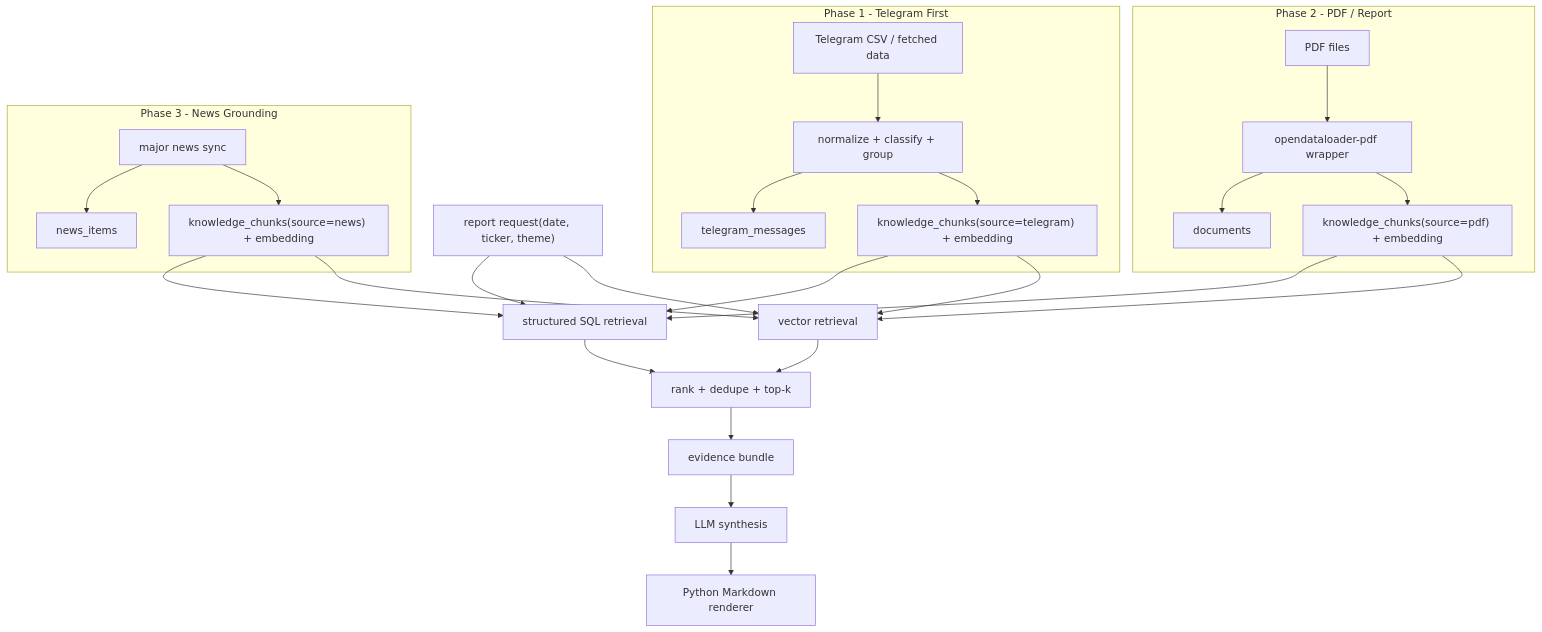
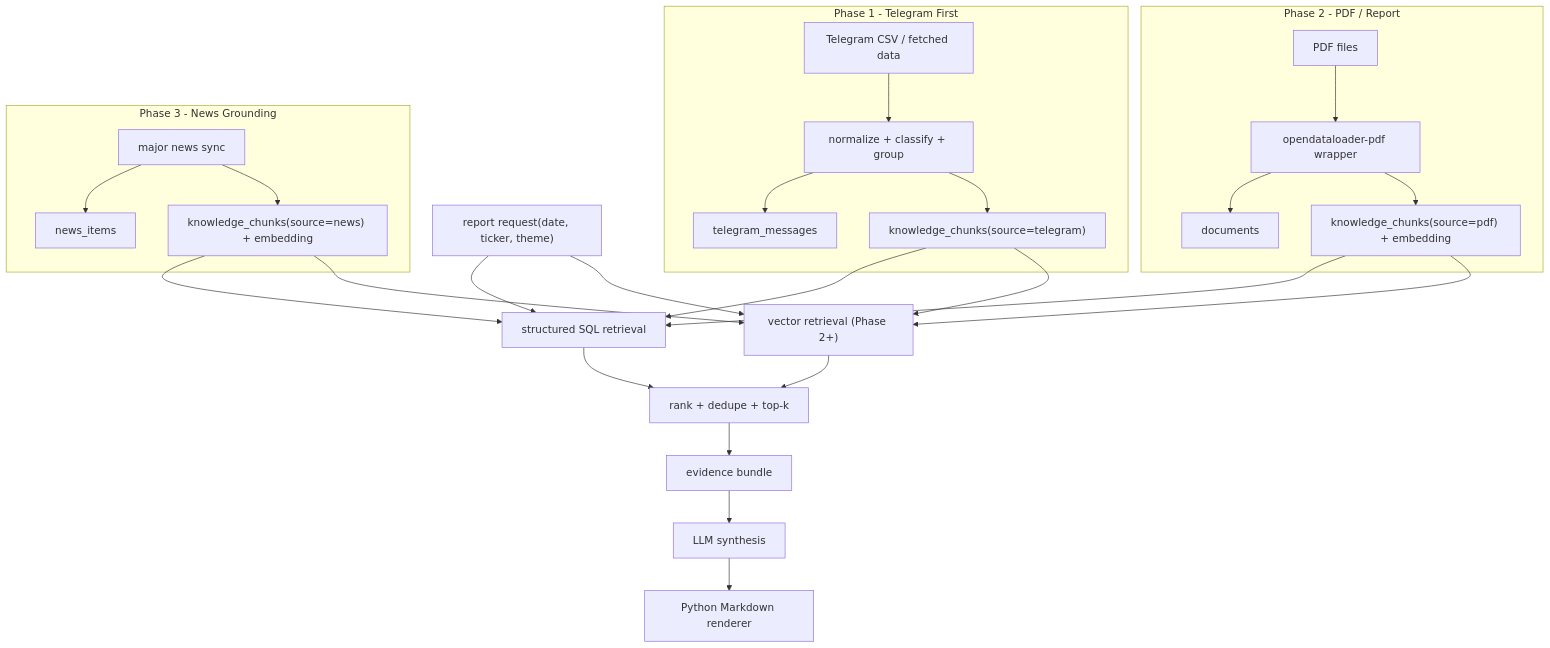
Before and after one commit to rutesun/invest-jarvis: the first of 2 diagrams in docs/superpowers/specs/2026-05-08-stock-report-engine-v2-design.md, drawn with Mermaid. The commit also changed other lines of this file and 1 other file, not shown here.

First line of the commit message:
docs: align phase boundaries for stock report v2

````diff
--- a/docs/superpowers/specs/2026-05-08-stock-report-engine-v2-design.md
+++ b/docs/superpowers/specs/2026-05-08-stock-report-engine-v2-design.md
@@ -64,33 +63,33 @@
 ```mermaid
 flowchart TD
   subgraph P1["Phase 1 - Telegram First"]
     A["Telegram CSV / fetched data"] --> B["normalize + classify + group"]
     B --> C["telegram_messages"]
-    B --> D["knowledge_chunks(source=telegram) + embedding"]
+    B --> D["knowledge_chunks(source=telegram)"]
   end
 
   subgraph P2["Phase 2 - PDF / Report"]
     E["PDF files"] --> F["opendataloader-pdf wrapper"]
     F --> G["documents"]
     F --> H["knowledge_chunks(source=pdf) + embedding"]
   end
 
   subgraph P3["Phase 3 - News Grounding"]
     I["major news sync"] --> J["news_items"]
     I --> K["knowledge_chunks(source=news) + embedding"]
   end
 
   R["report request(date, ticker, theme)"] --> S["structured SQL retrieval"]
-  R --> T["vector retrieval"]
+  R --> T["vector retrieval (Phase 2+)"]
   D --> S
   D --> T
   H --> S
   H --> T
   K --> S
   K --> T
   S --> U["rank + dedupe + top-k"]
   T --> U
   U --> V["evidence bundle"]
   V --> W["LLM synthesis"]
   W --> X["Python Markdown renderer"]
 ```
````
